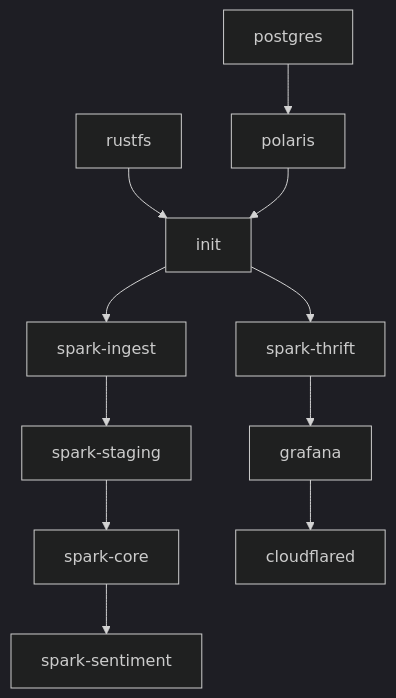
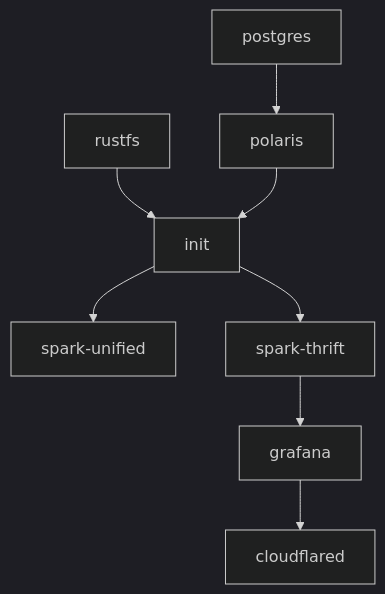
Before and after one commit to joshlizana/atomosphere: the second of 2 diagrams in docs/TRD.md, drawn with Mermaid (dark theme). The commit also changed other lines of this file and 8 other files, not shown here.

First line of the commit message:
Update all documentation for unified architecture (4 containers → 1)

````diff
--- a/docs/TRD.md
+++ b/docs/TRD.md
@@ -322,13 +319,10 @@
 ```mermaid
 flowchart TD
     PG[postgres] --> PL[polaris]
     RS[rustfs] --> INIT[init]
     PL --> INIT
-    INIT --> SI[spark-ingest]
+    INIT --> SU[spark-unified]
     INIT --> ST[spark-thrift]
-    SI --> SS[spark-staging]
-    SS --> SC[spark-core]
-    SC --> SM[spark-sentiment]
     ST --> GF[grafana]
     GF --> CF[cloudflared]
 ```
````
